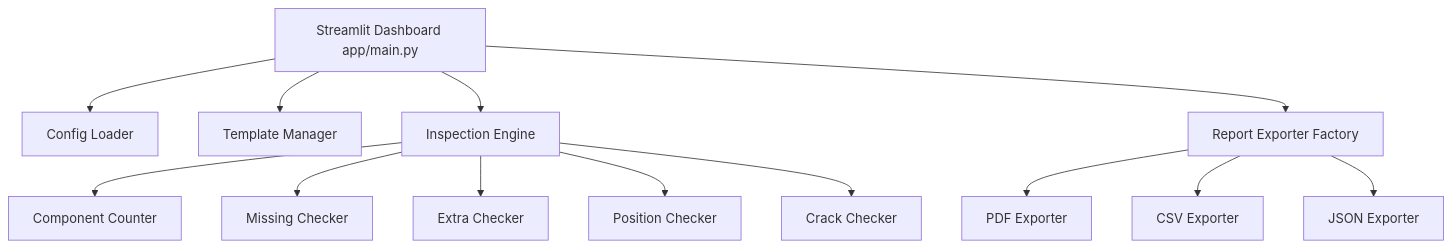
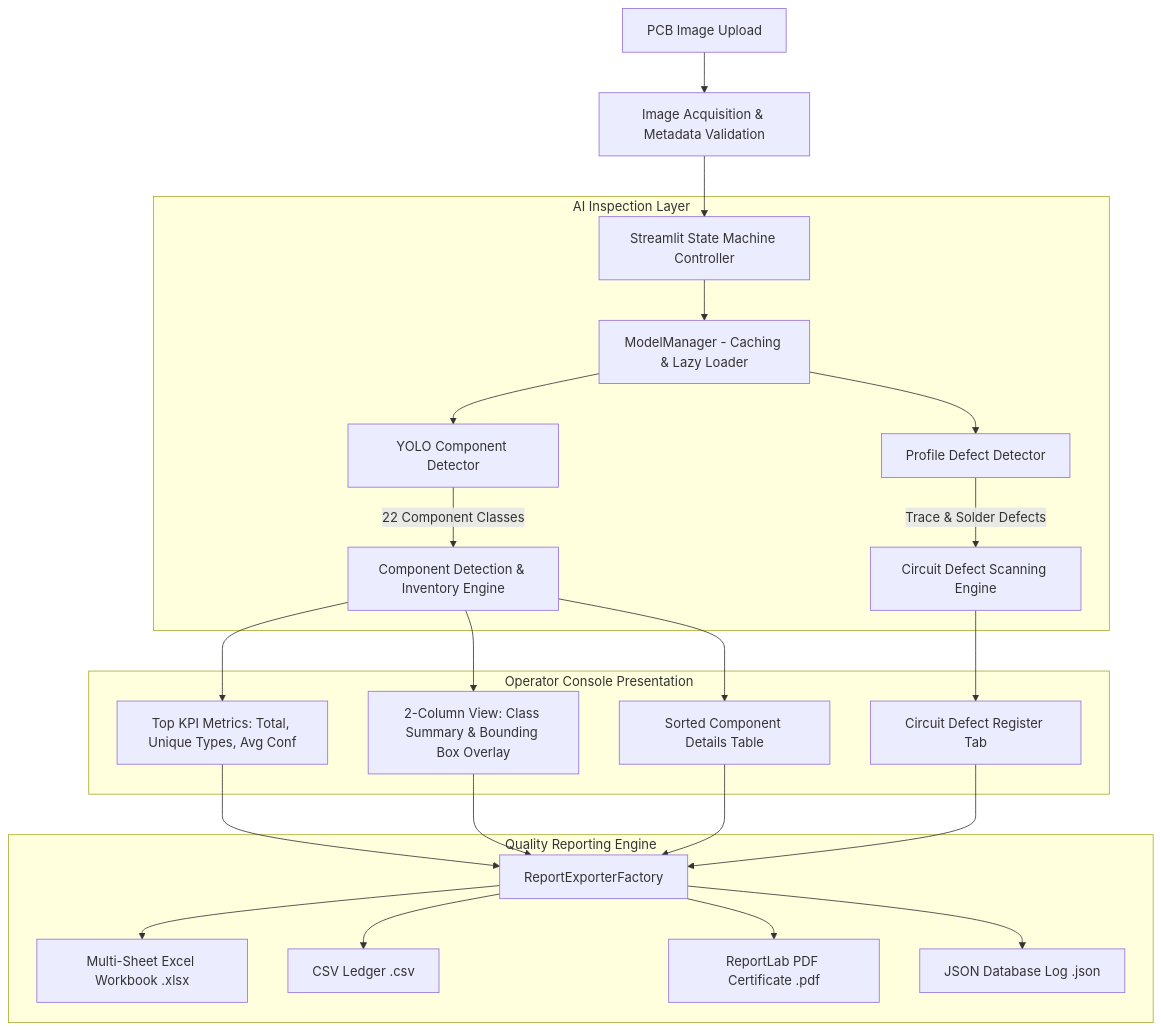
One commit to kaushikajani3002-rgb/pcb-quality-inspection changed the diagram in docs/architecture.md. Above: the diagram before and after it, drawn with Mermaid. The commit also changed other lines of this file and 3 other files, not shown here.

Commit message:
docs: update system documentation and presentation guides for component inventory and defect inspection

````diff
--- a/docs/architecture.md
+++ b/docs/architecture.md
@@ -12,15 +21,29 @@
 ```mermaid
 graph TD
-    UI[Streamlit Dashboard app/main.py] --> Config[Config Loader]
-    UI --> Template[Template Manager]
-    UI --> Engine[Inspection Engine]
-    Engine --> CC[Component Counter]
-    Engine --> MC[Missing Checker]
-    Engine --> EC[Extra Checker]
-    Engine --> PC[Position Checker]
-    Engine --> CR[Crack Checker]
-    UI --> Export[Report Exporter Factory]
-    Export --> PDF[PDF Exporter]
-    Export --> CSV[CSV Exporter]
-    Export --> JSON[JSON Exporter]
+    A[PCB Image Upload] --> B[Image Acquisition & Metadata Validation]
+    B --> C[Streamlit State Machine Controller]
+    
+    subgraph AI Inspection Layer
+    C --> D[ModelManager - Caching & Lazy Loader]
+    D --> E[YOLO Component Detector]
+    D --> F[Profile Defect Detector]
+    
+    E -->|22 Component Classes| G[Component Detection & Inventory Engine]
+    F -->|Trace & Solder Defects| H[Circuit Defect Scanning Engine]
+    end
+    
+    subgraph Operator Console Presentation
+    G --> I[Top KPI Metrics: Total, Unique Types, Avg Conf]
+    G --> J[2-Column View: Class Summary & Bounding Box Overlay]
+    G --> K[Sorted Component Details Table]
+    H --> L[Circuit Defect Register Tab]
+    end
+    
+    subgraph Quality Reporting Engine
+    I & J & K & L --> M[ReportExporterFactory]
+    M --> N[Multi-Sheet Excel Workbook .xlsx]
+    M --> O[CSV Ledger .csv]
+    M --> P[ReportLab PDF Certificate .pdf]
+    M --> Q[JSON Database Log .json]
+    end
 ```
````
